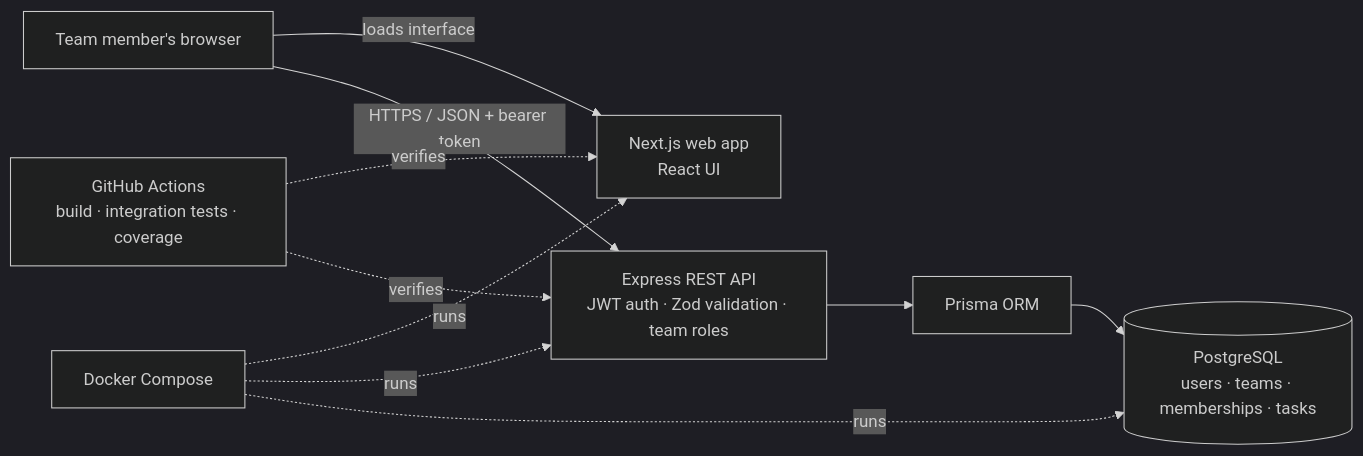
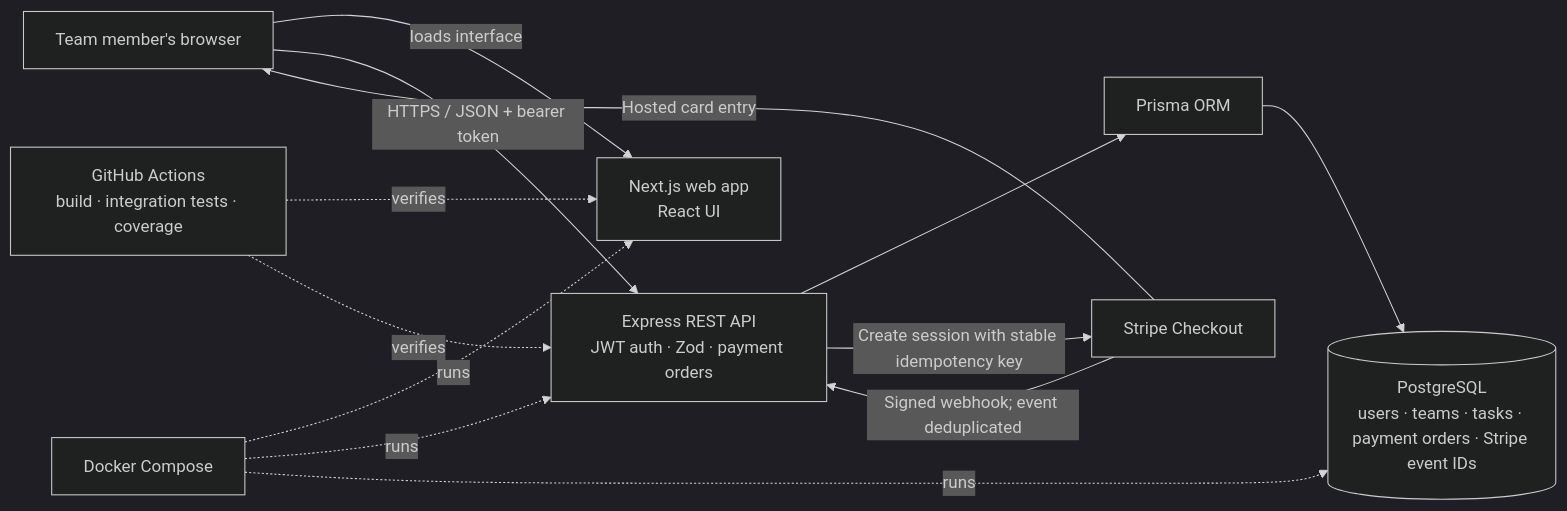
Before and after one commit to rithika20252024/taskflowp: the diagram in README.md, drawn with Mermaid (dark theme). The commit also changed other lines of this file and 10 other files, not shown here.

Commit message:
Add Stripe test checkout and webhook flow

````diff
--- a/README.md
+++ b/README.md
@@ -14,20 +15,24 @@
 ```mermaid
 flowchart LR
     U[Team member's browser]
     W[Next.js web app<br/>React UI]
-    A[Express REST API<br/>JWT auth · Zod validation · team roles]
+    A[Express REST API<br/>JWT auth · Zod · payment orders]
     P[Prisma ORM]
-    D[(PostgreSQL<br/>users · teams · memberships · tasks)]
+    D[(PostgreSQL<br/>users · teams · tasks · payment orders · Stripe event IDs)]
+    S[Stripe Checkout]
     C[Docker Compose]
     CI[GitHub Actions<br/>build · integration tests · coverage]
 
     U -->|loads interface| W
     U -->|HTTPS / JSON + bearer token| A
     A --> P
     P --> D
+    A -->|Create session with stable idempotency key| S
+    S -->|Signed webhook; event deduplicated| A
+    S -->|Hosted card entry| U
     C -. runs .-> W
     C -. runs .-> A
     C -. runs .-> D
     CI -. verifies .-> W
     CI -. verifies .-> A
 ```
````
